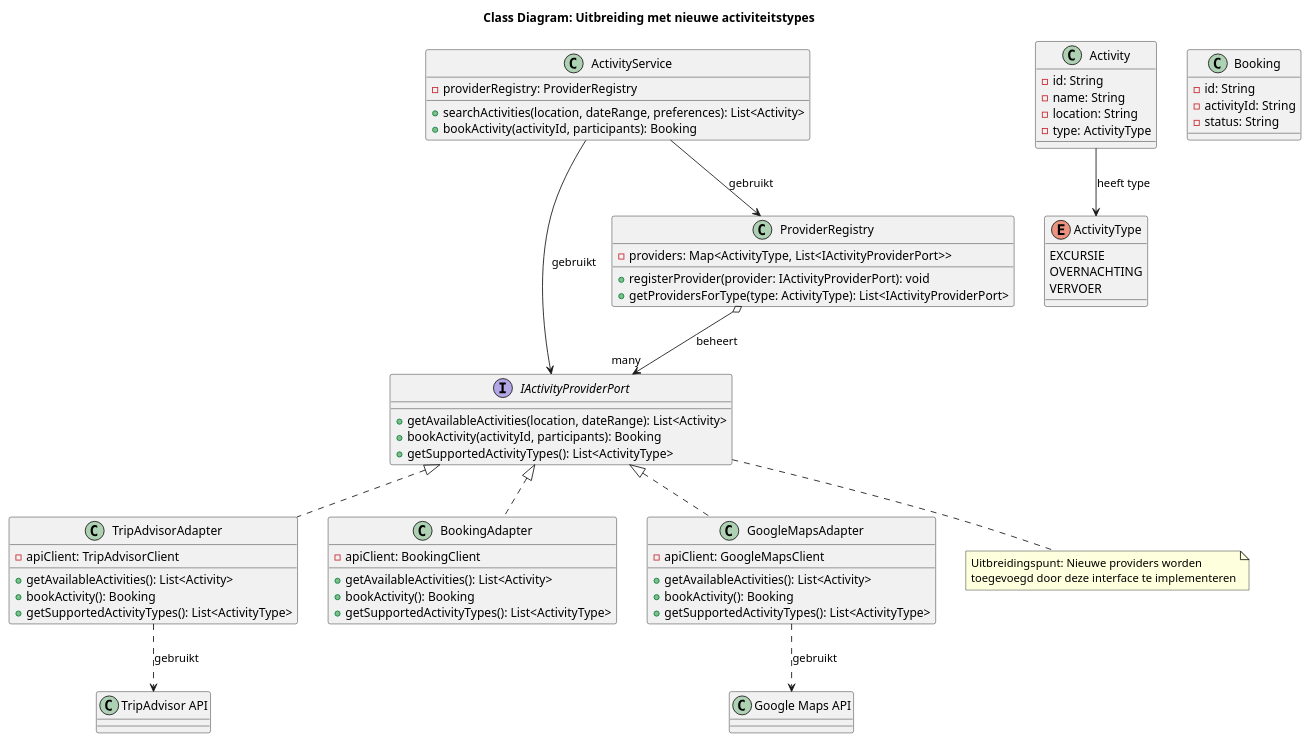
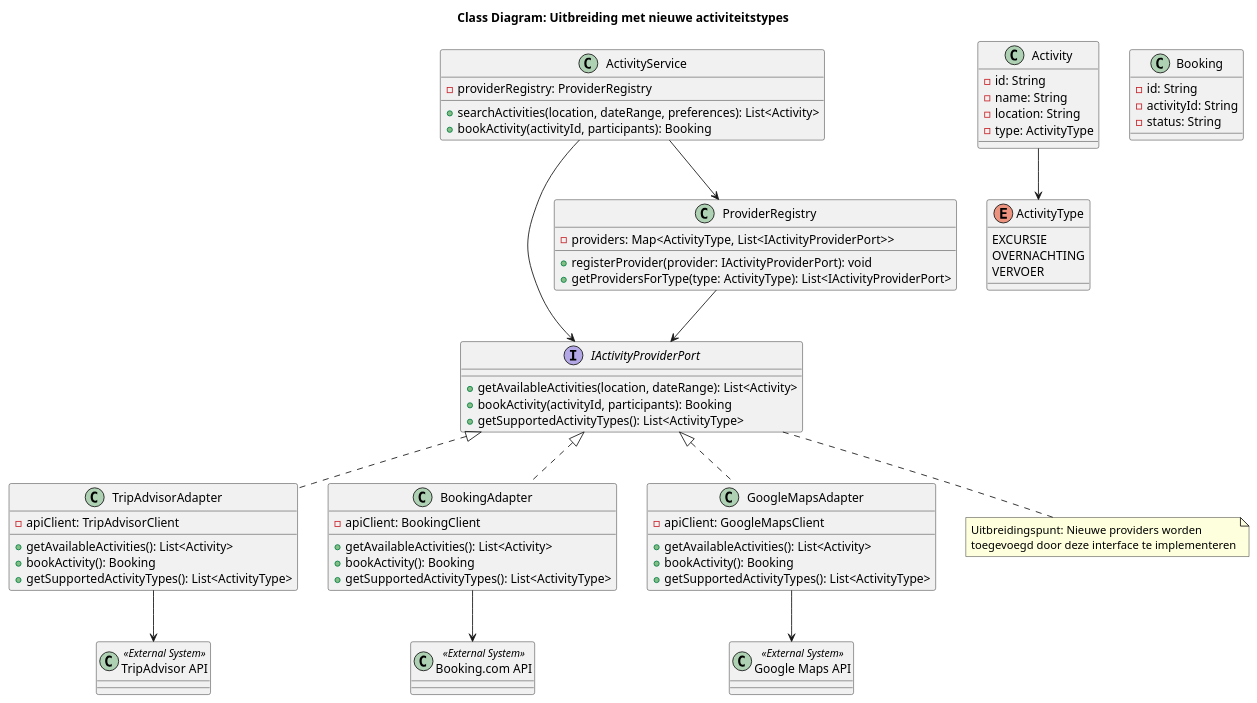
Before and after one commit to AIM-ENE-feb25/triptop-groep-b3: the diagram in diagrams/activity_extension_class_diagram.puml, drawn with PlantUML.

Commit message:
Refactor activity provider adapters in class diagram by removing interface implementation and clarifying relationships with external systems.

```diff
--- a/diagrams/activity_extension_class_diagram.puml
+++ b/diagrams/activity_extension_class_diagram.puml
@@ -1,86 +1,94 @@
 @startuml "Class Diagram voor Activity Extension in Triptop"
 
 title "Class Diagram: Uitbreiding met nieuwe activiteitstypes"
 
 ' Primary interface
 interface IActivityProviderPort {
   +getAvailableActivities(location, dateRange): List<Activity>
   +bookActivity(activityId, participants): Booking
   +getSupportedActivityTypes(): List<ActivityType>
 }
 
 ' Core service
 class ActivityService {
   -providerRegistry: ProviderRegistry
   +searchActivities(location, dateRange, preferences): List<Activity>
   +bookActivity(activityId, participants): Booking
 }
 
 ' Registry
 class ProviderRegistry {
   -providers: Map<ActivityType, List<IActivityProviderPort>>
   +registerProvider(provider: IActivityProviderPort): void
   +getProvidersForType(type: ActivityType): List<IActivityProviderPort>
 }
 
 ' Adapters
-class TripAdvisorAdapter implements IActivityProviderPort {
+class TripAdvisorAdapter {
   -apiClient: TripAdvisorClient
   +getAvailableActivities(): List<Activity>
   +bookActivity(): Booking
   +getSupportedActivityTypes(): List<ActivityType>
 }
 
-class BookingAdapter implements IActivityProviderPort {
+class BookingAdapter {
   -apiClient: BookingClient
   +getAvailableActivities(): List<Activity>
   +bookActivity(): Booking
   +getSupportedActivityTypes(): List<ActivityType>
 }
 
-class GoogleMapsAdapter implements IActivityProviderPort {
+class GoogleMapsAdapter {
   -apiClient: GoogleMapsClient
   +getAvailableActivities(): List<Activity>
   +bookActivity(): Booking
   +getSupportedActivityTypes(): List<ActivityType>
 }
 
 ' Domain models
 enum ActivityType {
   EXCURSIE
   OVERNACHTING
   VERVOER
 }
 
 class Activity {
   -id: String
   -name: String
   -location: String
   -type: ActivityType
 }
 
 class Booking {
   -id: String
   -activityId: String
   -status: String
 }
 
 ' Relationships
-ActivityService --> ProviderRegistry: gebruikt
-ActivityService --> IActivityProviderPort: gebruikt
-ProviderRegistry o--> "many" IActivityProviderPort: beheert
+ActivityService --> ProviderRegistry
+ActivityService --> IActivityProviderPort
+ProviderRegistry --> IActivityProviderPort
 
-Activity --> ActivityType: heeft type
+IActivityProviderPort <|.. TripAdvisorAdapter
+IActivityProviderPort <|.. BookingAdapter
+IActivityProviderPort <|.. GoogleMapsAdapter
 
-' Connection to external APIs
-TripAdvisorAdapter ..> "TripAdvisor API": gebruikt
-BookingAdapter ..> "Booking.com API": gebruikt
-GoogleMapsAdapter ..> "Google Maps API": gebruikt
+Activity --> ActivityType
+
+' External systems
+class "TripAdvisor API" as TripAdvisorAPI << External System >>
+class "Booking.com API" as BookingAPI << External System >>
+class "Google Maps API" as GoogleMapsAPI << External System >>
+
+TripAdvisorAdapter --> TripAdvisorAPI
+BookingAdapter --> BookingAPI
+GoogleMapsAdapter --> GoogleMapsAPI
 
 ' Note about extension mechanism
 note bottom of IActivityProviderPort
   Uitbreidingspunt: Nieuwe providers worden 
   toegevoegd door deze interface te implementeren
 end note
 
 @enduml 
```
